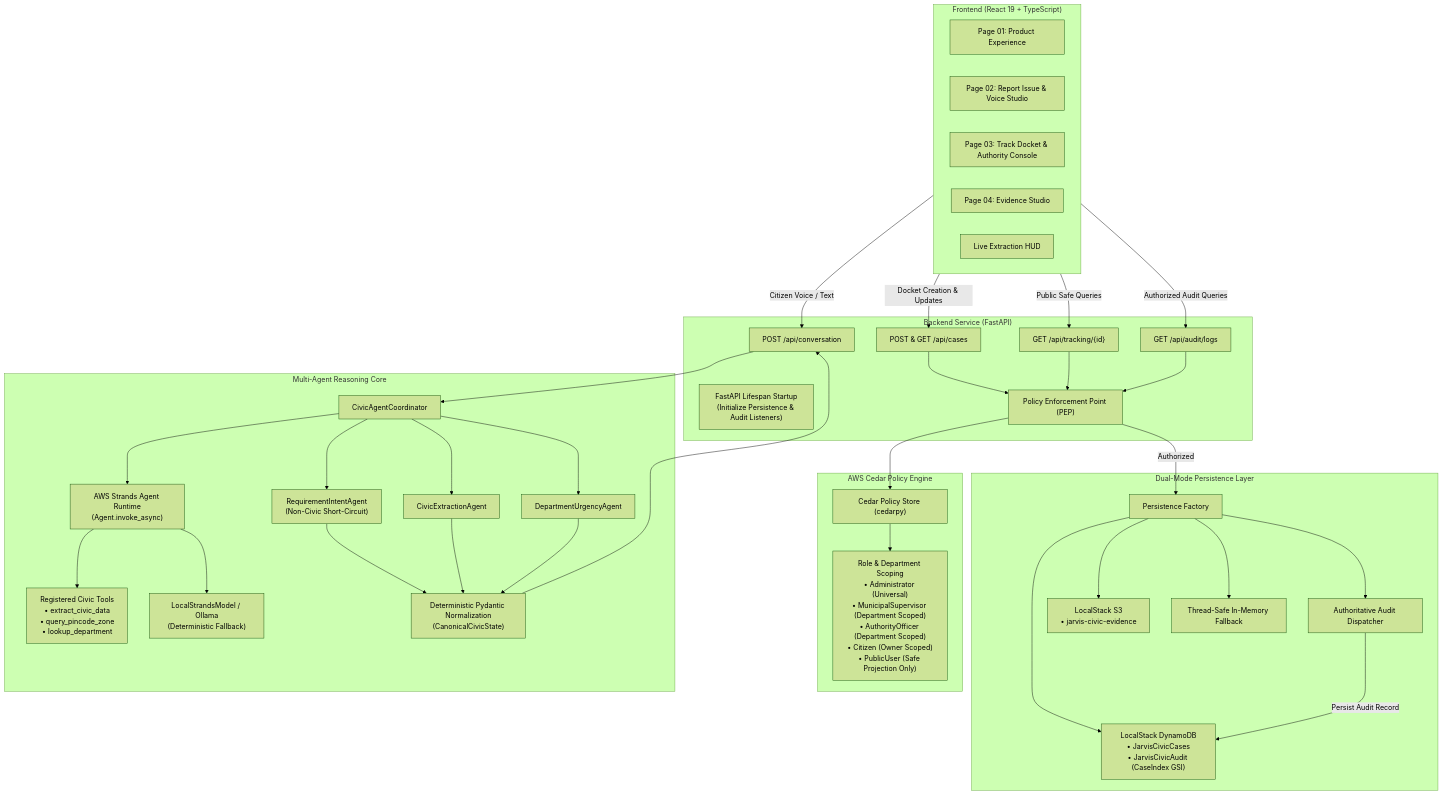
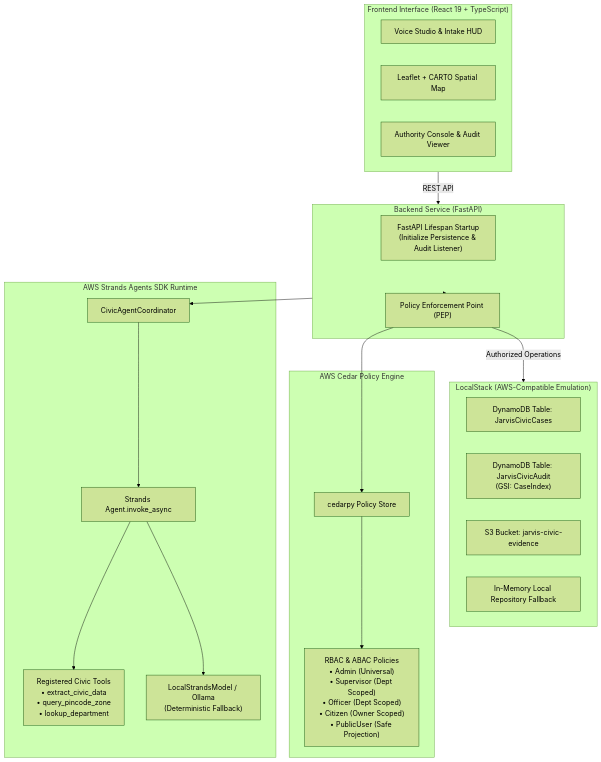
Before and after one commit to Arvindkumar006/Jarvis-civic: the diagram in README.md, drawn with Mermaid (forest theme). The commit also changed other lines of this file, not shown here.

````diff
--- a/README.md
+++ b/README.md
@@ -62,69 +235,42 @@
 ```mermaid
 flowchart TB
-    subgraph Client["Frontend (React 19 + TypeScript)"]
-        UI1["Page 01: Product Experience"]
-        UI2["Page 02: Report Issue & Voice Studio"]
-        UI3["Page 03: Track Docket & Authority Console"]
-        UI4["Page 04: Evidence Studio"]
-        HUD["Live Extraction HUD"]
+    subgraph Client["Frontend Interface (React 19 + TypeScript)"]
+        UI_Voice["Voice Studio & Intake HUD"]
+        UI_Map["Leaflet + CARTO Spatial Map"]
+        UI_Workflow["Authority Console & Audit Viewer"]
     end
 
     subgraph API["Backend Service (FastAPI)"]
-        Lifespan["FastAPI Lifespan Startup<br/>(Initialize Persistence & Audit Listeners)"]
-        RouterIntake["POST /api/conversation"]
-        RouterCases["POST & GET /api/cases"]
-        RouterTrack["GET /api/tracking/{id}"]
-        RouterAudit["GET /api/audit/logs"]
+        Lifespan["FastAPI Lifespan Startup<br/>(Initialize Persistence & Audit Listener)"]
         PEP["Policy Enforcement Point (PEP)"]
     end
 
-    subgraph Reasoning["Multi-Agent Reasoning Core"]
+    subgraph AWS_Strands["AWS Strands Agents SDK Runtime"]
         Coordinator["CivicAgentCoordinator"]
-        StrandsRuntime["AWS Strands Agent Runtime<br/>(Agent.invoke_async)"]
+        AgentRuntime["Strands Agent.invoke_async"]
         Tools["Registered Civic Tools<br/>• extract_civic_data<br/>• query_pincode_zone<br/>• lookup_department"]
-        IntentAgent["RequirementIntentAgent<br/>(Non-Civic Short-Circuit)"]
-        ExtractAgent["CivicExtractionAgent"]
-        DeptAgent["DepartmentUrgencyAgent"]
         LocalModel["LocalStrandsModel / Ollama<br/>(Deterministic Fallback)"]
-        PydanticBoundary["Deterministic Pydantic Normalization<br/>(CanonicalCivicState)"]
     end
 
-    subgraph Security["AWS Cedar Policy Engine"]
-        CedarCore["Cedar Policy Store (cedarpy)"]
-        Policies["Role & Department Scoping<br/>• Administrator (Universal)<br/>• MunicipalSupervisor (Department Scoped)<br/>• AuthorityOfficer (Department Scoped)<br/>• Citizen (Owner Scoped)<br/>• PublicUser (Safe Projection Only)"]
+    subgraph AWS_Cedar["AWS Cedar Policy Engine"]
+        CedarEngine["cedarpy Policy Store"]
+        Policies["RBAC & ABAC Policies<br/>• Admin (Universal)<br/>• Supervisor (Dept Scoped)<br/>• Officer (Dept Scoped)<br/>• Citizen (Owner Scoped)<br/>• PublicUser (Safe Projection)"]
     end
 
-    subgraph Persistence["Dual-Mode Persistence Layer"]
-        Factory["Persistence Factory"]
-        DDB["LocalStack DynamoDB<br/>• JarvisCivicCases<br/>• JarvisCivicAudit (CaseIndex GSI)"]
-        S3["LocalStack S3<br/>• jarvis-civic-evidence"]
-        LocalStore["Thread-Safe In-Memory Fallback"]
-        AuditDispatcher["Authoritative Audit Dispatcher"]
+    subgraph LocalStack["LocalStack (AWS-Compatible Emulation)"]
+        DDB_Cases["DynamoDB Table: JarvisCivicCases"]
+        DDB_Audit["DynamoDB Table: JarvisCivicAudit<br/>(GSI: CaseIndex)"]
+        S3_Bucket["S3 Bucket: jarvis-civic-evidence"]
+        LocalFallback["In-Memory Local Repository Fallback"]
     end
 
-    Client -->|Citizen Voice / Text| RouterIntake
-    Client -->|Docket Creation & Updates| RouterCases
-    Client -->|Public Safe Queries| RouterTrack
-    Client -->|Authorized Audit Queries| RouterAudit
-
-    RouterIntake --> Coordinator
-    Coordinator --> StrandsRuntime
-    StrandsRuntime --> Tools
-    StrandsRuntime --> LocalModel
-    Coordinator --> IntentAgent
-    Coordinator --> ExtractAgent
-    Coordinator --> DeptAgent
-    IntentAgent & ExtractAgent & DeptAgent --> PydanticBoundary
-    PydanticBoundary --> RouterIntake
-
-    RouterCases & RouterTrack & RouterAudit --> PEP
-    PEP --> CedarCore
-    CedarCore --> Policies
-    PEP -->|Authorized| Factory
-
-    Factory --> DDB
-    Factory --> S3
-    Factory --> LocalStore
-    Factory --> AuditDispatcher
-    AuditDispatcher -->|Persist Audit Record| DDB
+    Client -->|REST API| API
+    API --> Coordinator
+    Coordinator --> AgentRuntime
+    AgentRuntime --> Tools
+    AgentRuntime --> LocalModel
+    API --> PEP
+    PEP --> CedarEngine
+    CedarEngine --> Policies
+    PEP -->|Authorized Operations| LocalStack
 ```
````
